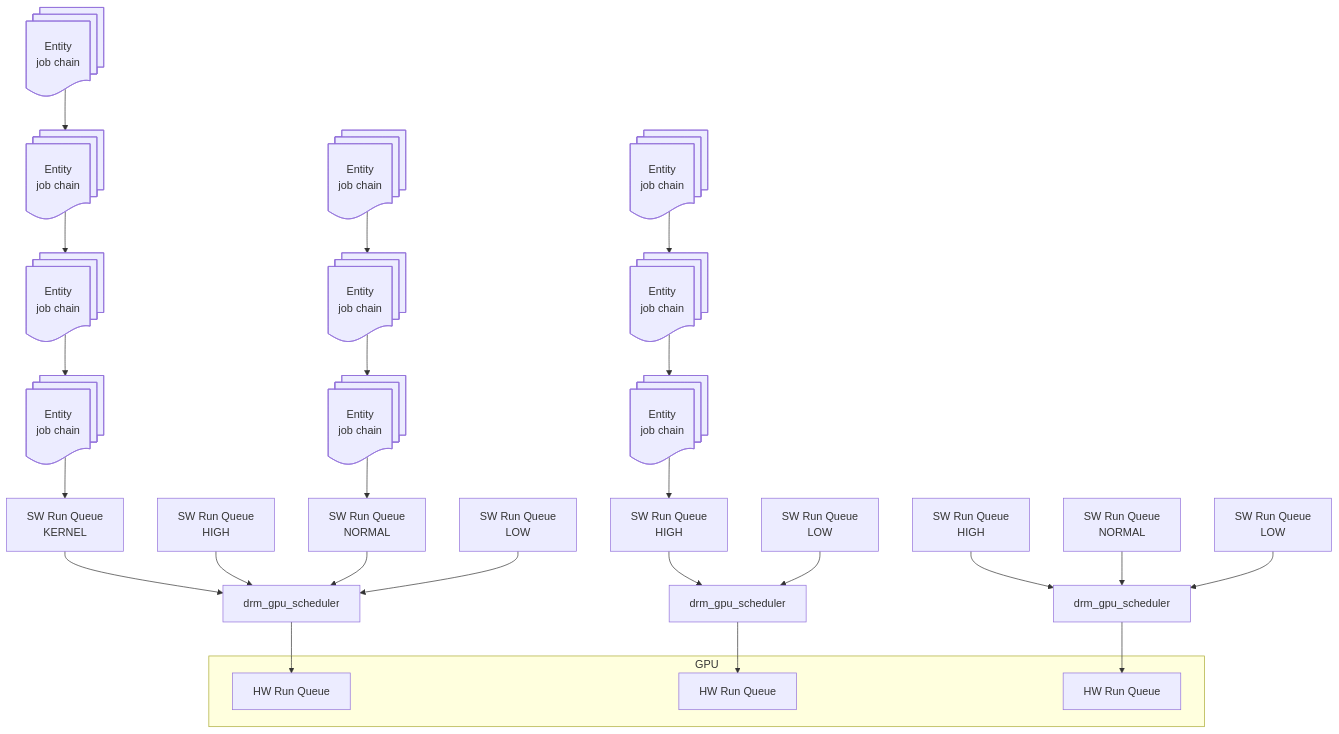
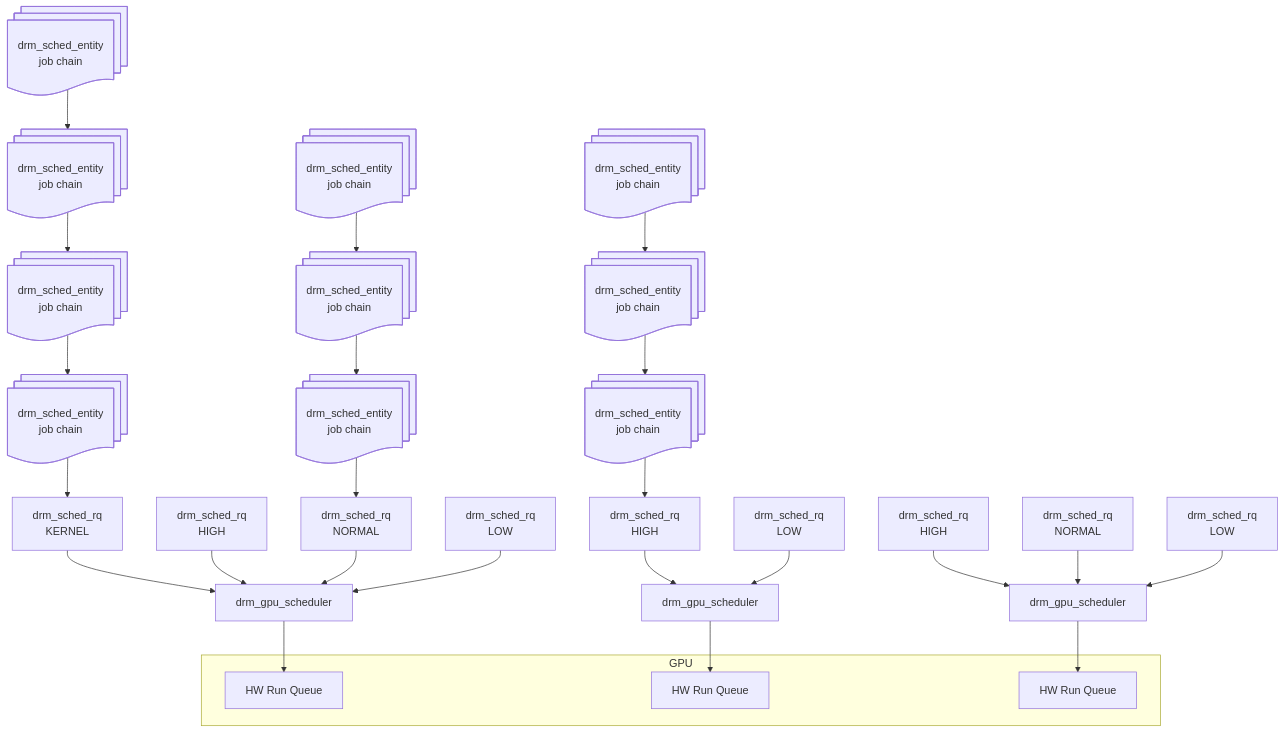
One commit to lucmann/lucmann.github.io changed the diagram in source/_posts/lnx/gpu-sched.md. Above: the diagram before and after it, drawn with Mermaid. The commit also changed other lines of this file, not shown here.

Commit message:
linux: gpu scheduler

````diff
--- a/source/_posts/lnx/gpu-sched.md
+++ b/source/_posts/lnx/gpu-sched.md
@@ -8,58 +8,58 @@
 ```mermaid
 flowchart TD
   subgraph GPU
     slot-0[HW Run Queue]
     slot-1[HW Run Queue]
     slot-2[HW Run Queue]
   end
 
   sched0[drm_gpu_scheduler]
   sched1[drm_gpu_scheduler]
   sched2[drm_gpu_scheduler]
 
-  runq00[SW Run Queue<br>KERNEL]
-  runq01[SW Run Queue<br>HIGH]
-  runq02[SW Run Queue<br>NORMAL]
-  runq03[SW Run Queue<br>LOW]
+  runq00[drm_sched_rq<br>KERNEL]
+  runq01[drm_sched_rq<br>HIGH]
+  runq02[drm_sched_rq<br>NORMAL]
+  runq03[drm_sched_rq<br>LOW]
 
-  runq10[SW Run Queue<br>HIGH]
-  runq11[SW Run Queue<br>LOW]
+  runq10[drm_sched_rq<br>HIGH]
+  runq11[drm_sched_rq<br>LOW]
 
-  runq20[SW Run Queue<br>HIGH]
-  runq21[SW Run Queue<br>NORMAL]
-  runq22[SW Run Queue<br>LOW]
+  runq20[drm_sched_rq<br>HIGH]
+  runq21[drm_sched_rq<br>NORMAL]
+  runq22[drm_sched_rq<br>LOW]
 
-  entity00@{shape: docs, label: "Entity<br>job chain"}
-  entity01@{shape: docs, label: "Entity<br>job chain"}
-  entity02@{shape: docs, label: "Entity<br>job chain"}
-  entity03@{shape: docs, label: "Entity<br>job chain"}
+  entity00@{shape: docs, label: "drm_sched_entity<br>job chain"}
+  entity01@{shape: docs, label: "drm_sched_entity<br>job chain"}
+  entity02@{shape: docs, label: "drm_sched_entity<br>job chain"}
+  entity03@{shape: docs, label: "drm_sched_entity<br>job chain"}
 
-  entity10@{shape: docs, label: "Entity<br>job chain"}
-  entity11@{shape: docs, label: "Entity<br>job chain"}
-  entity12@{shape: docs, label: "Entity<br>job chain"}
+  entity10@{shape: docs, label: "drm_sched_entity<br>job chain"}
+  entity11@{shape: docs, label: "drm_sched_entity<br>job chain"}
+  entity12@{shape: docs, label: "drm_sched_entity<br>job chain"}
 
 
-  entity20@{shape: docs, label: "Entity<br>job chain"}
-  entity21@{shape: docs, label: "Entity<br>job chain"}
-  entity22@{shape: docs, label: "Entity<br>job chain"}
+  entity20@{shape: docs, label: "drm_sched_entity<br>job chain"}
+  entity21@{shape: docs, label: "drm_sched_entity<br>job chain"}
+  entity22@{shape: docs, label: "drm_sched_entity<br>job chain"}
 
   entity00 --> entity01 --> entity02 --> entity03 --> runq00
   entity10 --> entity11 --> entity12 --> runq10
   entity20 --> entity21 --> entity22 --> runq02
 
   runq00 --> sched0
   runq01 --> sched0
   runq02 --> sched0
   runq03 --> sched0
 
   runq10 --> sched1
   runq11 --> sched1
 
   runq20 --> sched2
   runq21 --> sched2
   runq22 --> sched2
 
   sched0 --> slot-0
   sched1 --> slot-1
   sched2 --> slot-2
 ```
````
